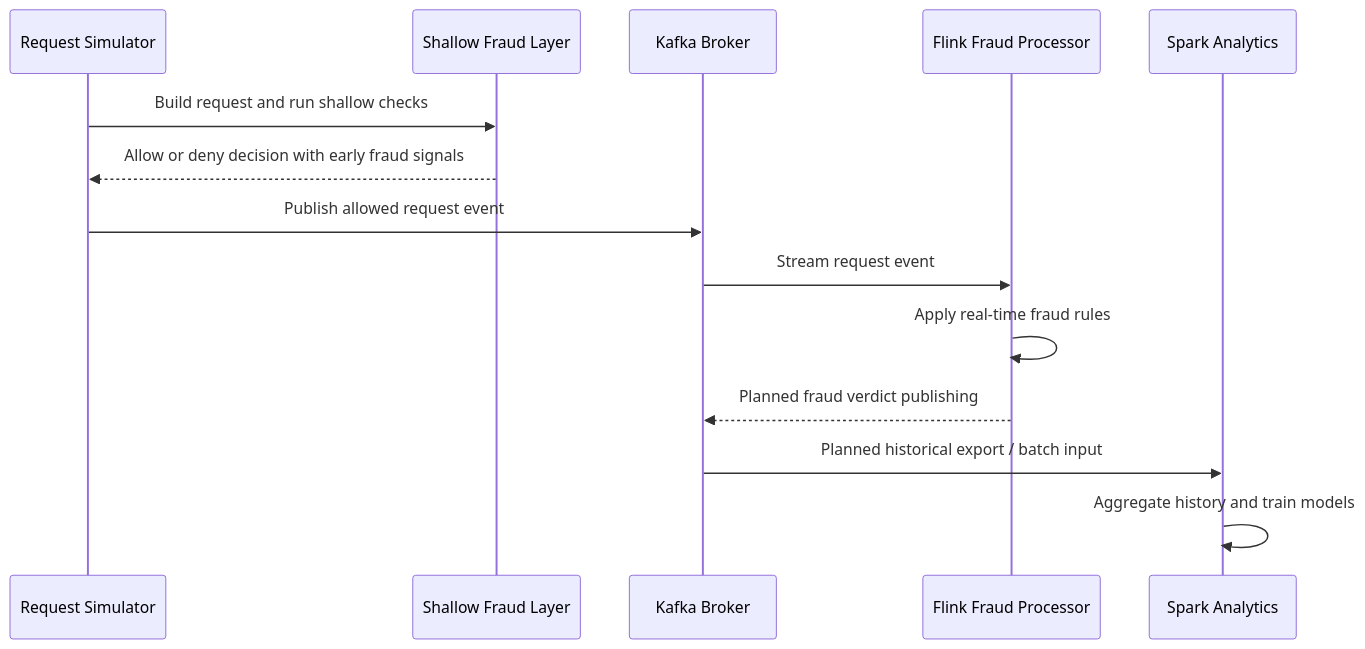
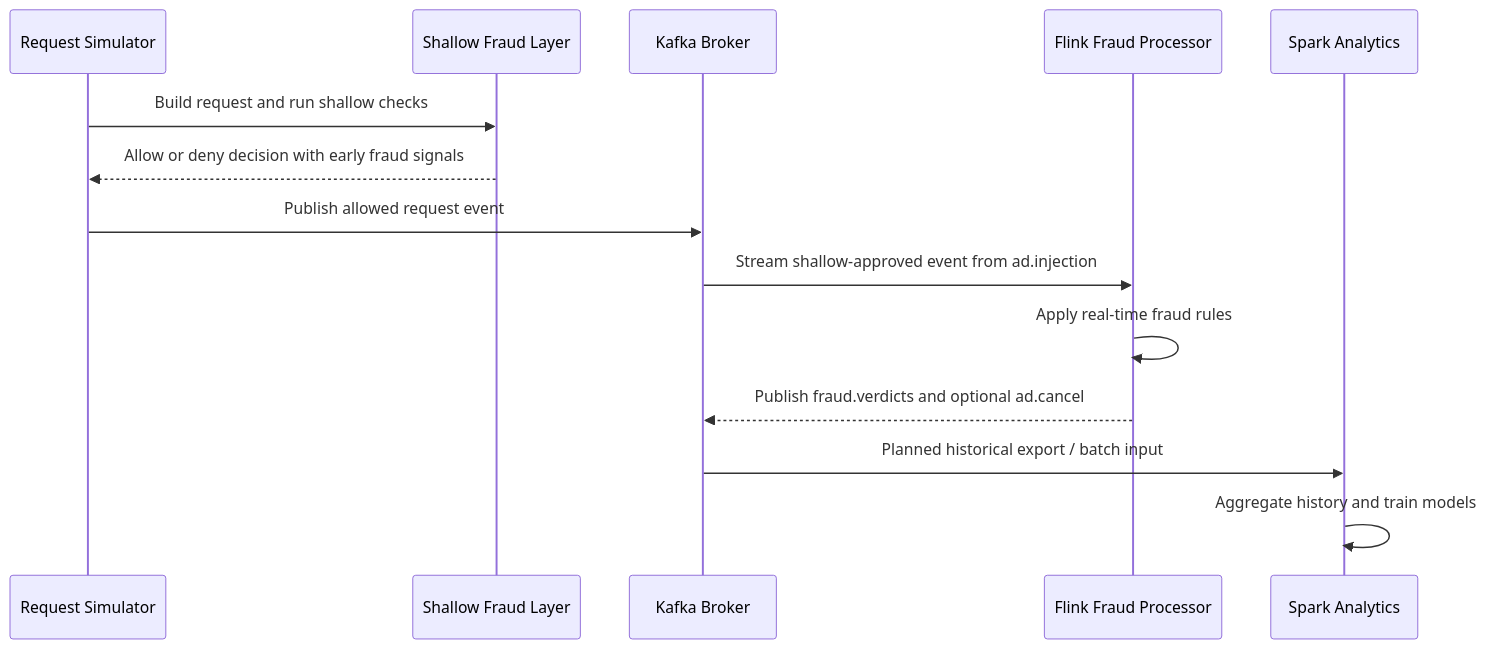
One commit to IamMistake/ai-ad-request-safety-pipeline changed the diagram in docs/event_flow.md. Above: the diagram before and after it, drawn with Mermaid. The commit also changed other lines of this file and 9 other files, not shown here.

Commit message:
implement flink fraud processor

````diff
--- a/docs/event_flow.md
+++ b/docs/event_flow.md
@@ -10,17 +10,17 @@
 ```mermaid
 sequenceDiagram
     participant Sim as Request Simulator
     participant Redis as Shallow Fraud Layer
     participant Kafka as Kafka Broker
     participant Flink as Flink Fraud Processor
     participant Spark as Spark Analytics
 
     Sim->>Redis: Build request and run shallow checks
     Redis-->>Sim: Allow or deny decision with early fraud signals
     Sim->>Kafka: Publish allowed request event
-    Kafka->>Flink: Stream request event
+    Kafka->>Flink: Stream shallow-approved event from ad.injection
     Flink->>Flink: Apply real-time fraud rules
-    Flink-->>Kafka: Planned fraud verdict publishing
+    Flink-->>Kafka: Publish fraud.verdicts and optional ad.cancel
     Kafka->>Spark: Planned historical export / batch input
     Spark->>Spark: Aggregate history and train models
 ```
````
